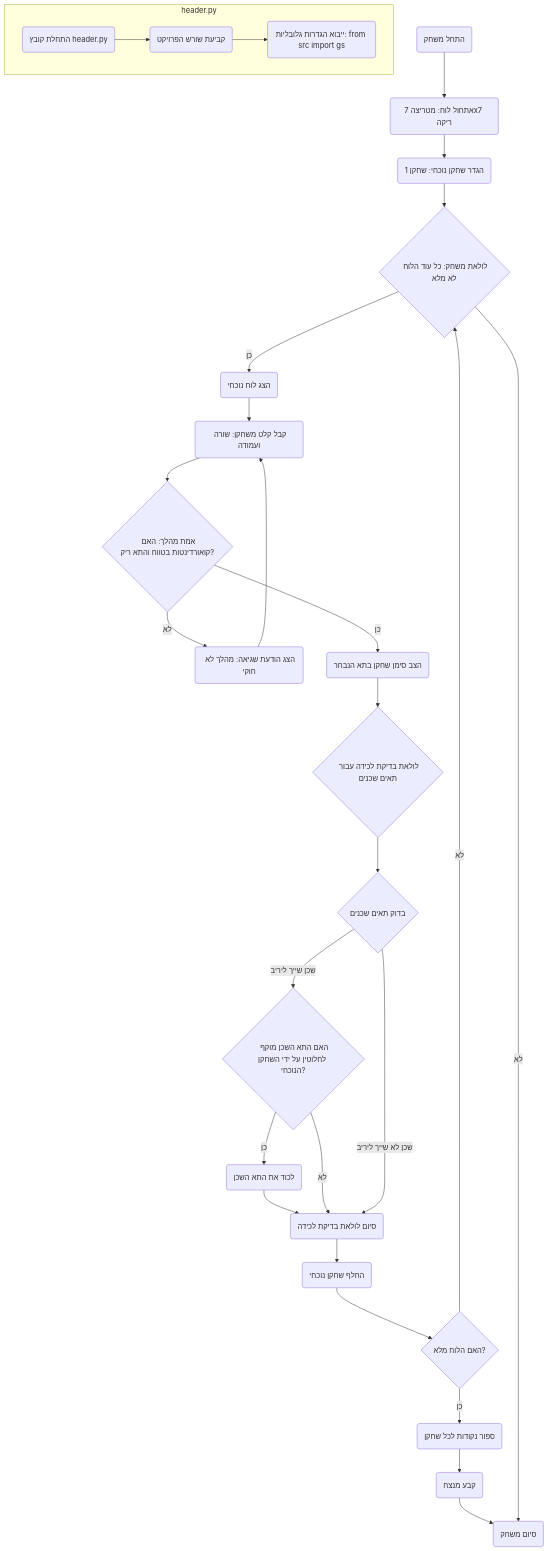
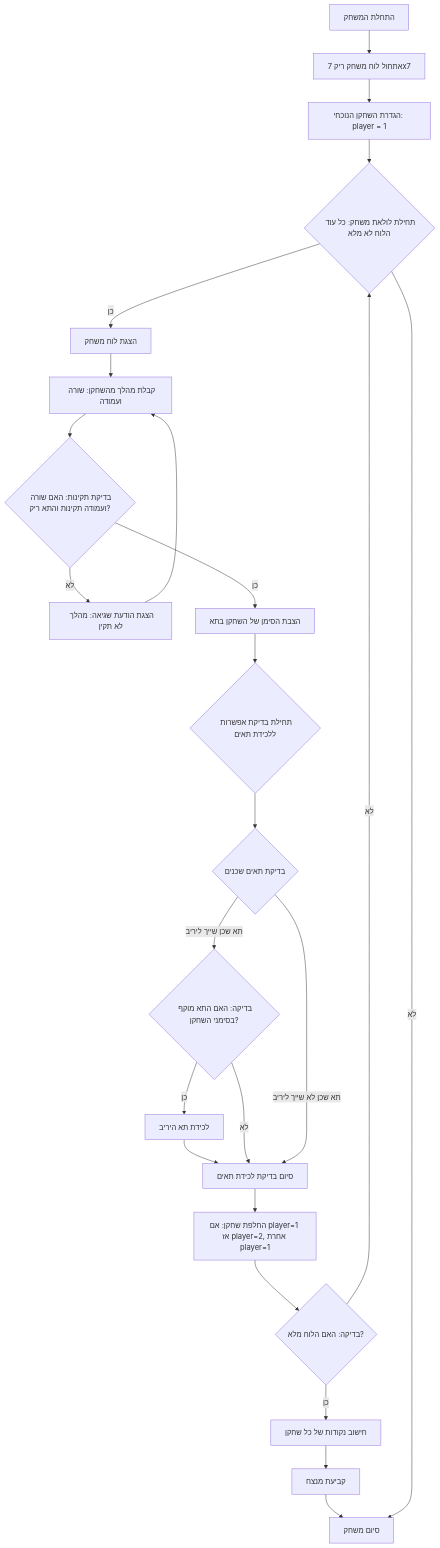
Before and after one commit to hypo69/hypo: the diagram in docs/gemini/he/explainer/src/endpoints/ai_games/101_basic_computer_games/ru/GAMES/TRAP/trap.py.md, drawn with Mermaid. The commit also changed other lines of this file and 885 other files, not shown here.

````diff
--- a/docs/gemini/he/explainer/src/endpoints/ai_games/101_basic_computer_games/ru/GAMES/TRAP/trap.py.md
+++ b/docs/gemini/he/explainer/src/endpoints/ai_games/101_basic_computer_games/ru/GAMES/TRAP/trap.py.md
@@ -34,34 +49,26 @@
 ```mermaid
 flowchart TD
-    Start("התחל משחק") --> InitializeBoard("אתחול לוח: מטריצה 7x7 ריקה")
-    InitializeBoard --> SetCurrentPlayer("הגדר שחקן נוכחי: שחקן 1")
-    SetCurrentPlayer --> GameLoopStart{"לולאת משחק: כל עוד הלוח לא מלא"}
-    GameLoopStart -- כן --> DisplayBoard("הצג לוח נוכחי")
-    DisplayBoard --> GetMove("קבל קלט משחקן: שורה ועמודה")
-    GetMove --> ValidateMove{"אמת מהלך: האם קואורדינטות בטווח והתא ריק?"}
-    ValidateMove -- לא --> DisplayError("הצג הודעת שגיאה: מהלך לא חוקי")
+    Start["התחלת המשחק"] --> InitializeBoard["אתחול לוח משחק ריק 7x7"]
+    InitializeBoard --> SetCurrentPlayer["הגדרת השחקן הנוכחי: player = 1"]
+    SetCurrentPlayer --> GameLoopStart{"תחילת לולאת משחק: כל עוד הלוח לא מלא"}
+    GameLoopStart -- כן --> DisplayBoard["הצגת לוח משחק"]
+    DisplayBoard --> GetMove["קבלת מהלך מהשחקן: שורה ועמודה"]
+    GetMove --> ValidateMove{"בדיקת תקינות: האם שורה ועמודה תקינות והתא ריק?"}
+    ValidateMove -- לא --> DisplayError["הצגת הודעת שגיאה: מהלך לא תקין"]
     DisplayError --> GetMove
-    ValidateMove -- כן --> PlaceMove("הצב סימן שחקן בתא הנבחר")
-    PlaceMove --> CheckCaptureStart{"לולאת בדיקת לכידה עבור תאים שכנים"}
-    CheckCaptureStart --> CheckNeighbors{"בדוק תאים שכנים"}
-     CheckNeighbors -- שכן שייך ליריב --> CheckSurrounded{"האם התא השכן מוקף לחלוטין על ידי השחקן הנוכחי?"}
-       CheckSurrounded -- כן --> CaptureCell("לכוד את התא השכן")
-        CaptureCell --> CheckCaptureEnd("סיום לולאת בדיקת לכידה")
-        CheckSurrounded -- לא --> CheckCaptureEnd
-     CheckNeighbors -- שכן לא שייך ליריב --> CheckCaptureEnd
-    CheckCaptureEnd --> SwitchPlayer("החלף שחקן נוכחי")
-    SwitchPlayer --> CheckBoardFull{"האם הלוח מלא?"}
+    ValidateMove -- כן --> PlaceMove["הצבת הסימן של השחקן בתא"]
+    PlaceMove --> CheckCaptureStart{"תחילת בדיקת אפשרות ללכידת תאים"}
+    CheckCaptureStart --> CheckNeighbors{"בדיקת תאים שכנים"}
+    CheckNeighbors -- תא שכן שייך ליריב --> CheckSurrounded{"בדיקה: האם התא מוקף בסימני השחקן?"}
+    CheckSurrounded -- כן --> CaptureCell["לכידת תא היריב"]
+    CaptureCell --> CheckCaptureEnd["סיום בדיקת לכידת תאים"]
+    CheckSurrounded -- לא --> CheckCaptureEnd
+    CheckNeighbors -- תא שכן לא שייך ליריב --> CheckCaptureEnd
+    CheckCaptureEnd --> SwitchPlayer["החלפת שחקן: אם player=1 אז player=2, אחרת player=1"]
+    SwitchPlayer --> CheckBoardFull{"בדיקה: האם הלוח מלא?"}
     CheckBoardFull -- לא --> GameLoopStart
-     CheckBoardFull -- כן --> CalculateScores("ספור נקודות לכל שחקן")
-    CalculateScores --> DetermineWinner("קבע מנצח")
-    DetermineWinner --> End("סיום משחק")
-    GameLoopStart -- לא --> End
-    
-   
-   
-    subgraph "header.py"
-        HStart("התחלת קובץ header.py") --> HProjectRoot("קביעת שורש הפרויקט")
-        HProjectRoot --> HImportGS("ייבוא הגדרות גלובליות: from src import gs")
-    end
-
+    CheckBoardFull -- כן --> CalculateScores["חישוב נקודות של כל שחקן"]
+    CalculateScores --> DetermineWinner["קביעת מנצח"]
+    DetermineWinner --> End["סיום משחק"]
+   GameLoopStart -- לא --> End
 ```
````
